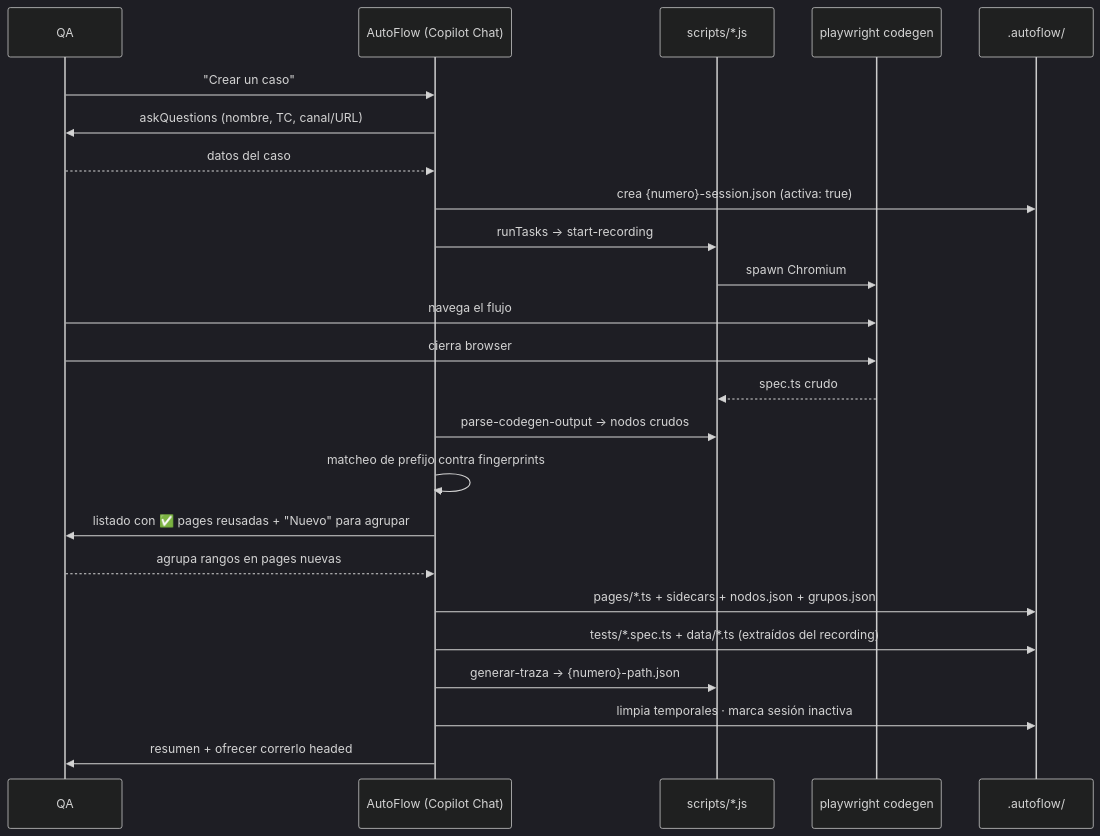
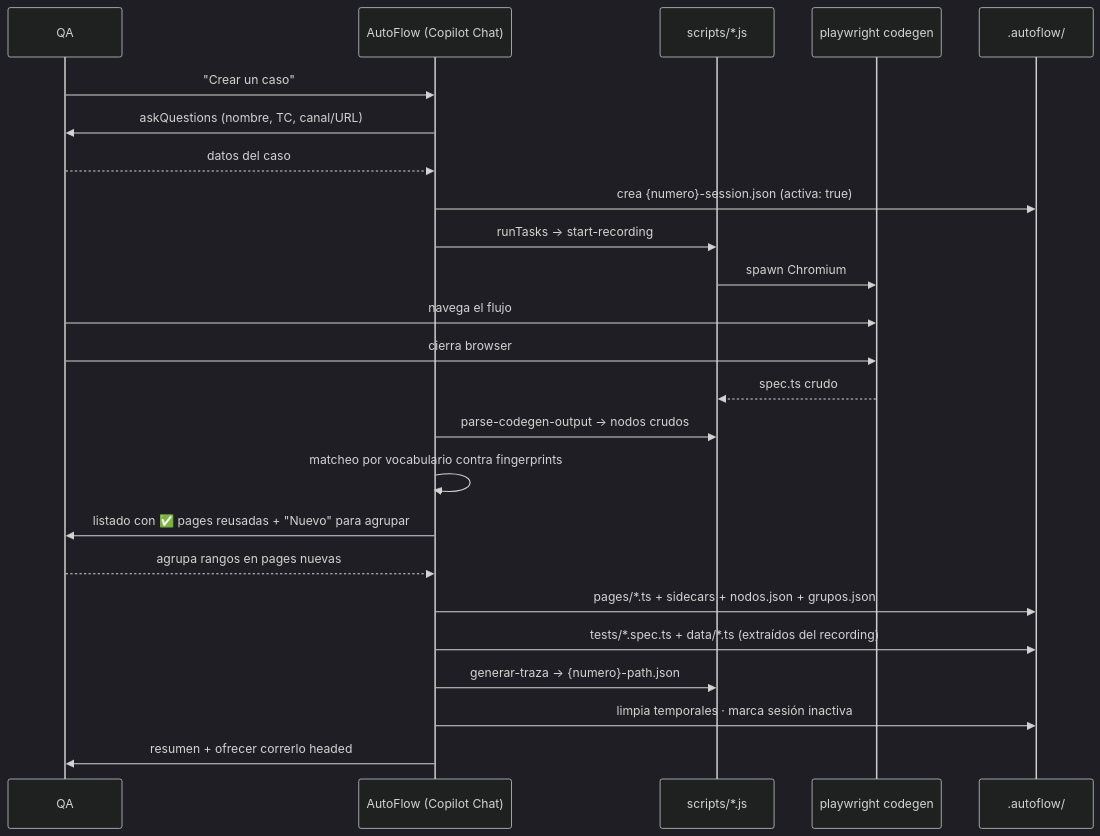
The fourth of 4 diagrams in README.md (blass1/AutoFlowAgent), drawn with Mermaid (dark theme) before and after one commit. The commit also changed other lines of this file and 21 other files, not shown here.

First line of the commit message:
feat(matcheo): heurística vocabulario nodo-por-nodo + #id = confiabilidad 2

````diff
--- a/README.md
+++ b/README.md
@@ -177,27 +177,27 @@
 ```mermaid
 sequenceDiagram
     participant QA
     participant Chat as AutoFlow (Copilot Chat)
     participant Script as scripts/*.js
     participant Codegen as playwright codegen
     participant FS as .autoflow/
 
     QA->>Chat: "Crear un caso"
     Chat->>QA: askQuestions (nombre, TC, canal/URL)
     QA-->>Chat: datos del caso
     Chat->>FS: crea {numero}-session.json (activa: true)
     Chat->>Script: runTasks → start-recording
     Script->>Codegen: spawn Chromium
     QA->>Codegen: navega el flujo
     QA->>Codegen: cierra browser
     Codegen-->>Script: spec.ts crudo
     Chat->>Script: parse-codegen-output → nodos crudos
-    Chat->>Chat: matcheo de prefijo contra fingerprints
+    Chat->>Chat: matcheo por vocabulario contra fingerprints
     Chat->>QA: listado con ✅ pages reusadas + "Nuevo" para agrupar
     QA-->>Chat: agrupa rangos en pages nuevas
     Chat->>FS: pages/*.ts + sidecars + nodos.json + grupos.json
     Chat->>FS: tests/*.spec.ts + data/*.ts (extraídos del recording)
     Chat->>Script: generar-traza → {numero}-path.json
     Chat->>FS: limpia temporales · marca sesión inactiva
     Chat->>QA: resumen + ofrecer correrlo headed
 ```
````
